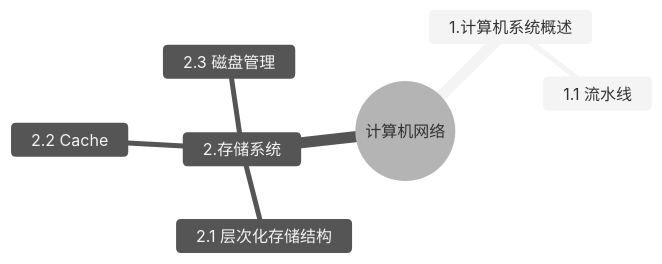
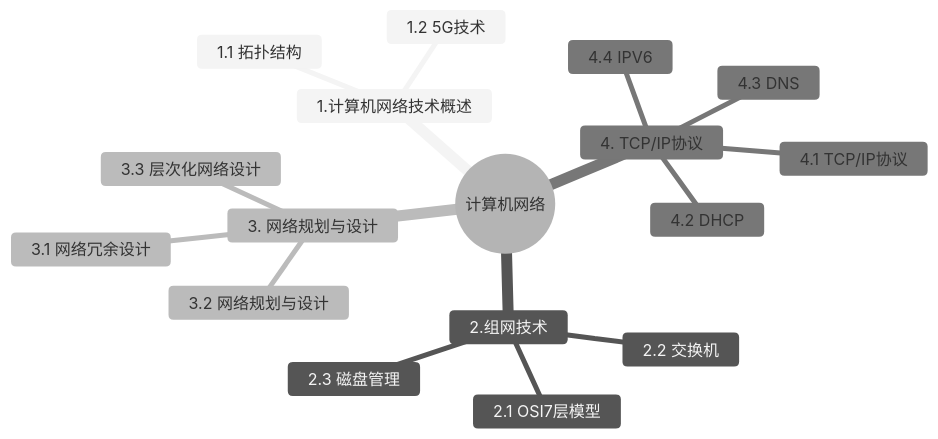
Before and after one commit to AaronYang0628/docs: the diagram in content/RuanKao/notes/Computer_Network.md, drawn with Mermaid (neutral theme). The commit also changed other lines of this file and 7 other files, not shown here.

````diff
--- a/content/RuanKao/notes/Computer_Network.md
+++ b/content/RuanKao/notes/Computer_Network.md
@@ -7,10 +7,20 @@
 ```mermaid
 mindmap
   root((计算机网络))
-    1.计算机系统概述
-        1.1 流水线
-    2.存储系统
-        2.1 层次化存储结构
-        2.2 Cache
+    1.计算机网络技术概述
+        1.1 拓扑结构
+        1.2 5G技术
+    2.组网技术
+        2.1 OSI7层模型
+        2.2 交换机
         2.3 磁盘管理
+    3. 网络规划与设计
+        3.1 网络冗余设计
+        3.2 网络规划与设计
+        3.3 层次化网络设计
+    4. TCP/IP协议
+        4.1 TCP/IP协议
+        4.2 DHCP
+        4.3 DNS
+        4.4 IPV6
 ```
````
